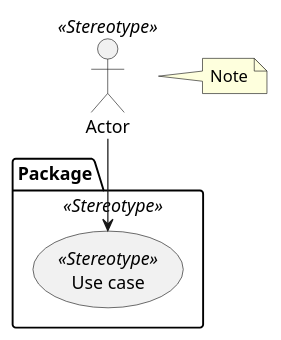
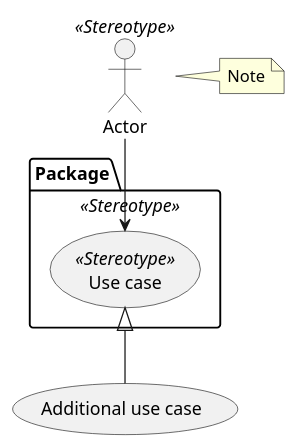
The diagram in docs_drostan/modules/visual_style/examples/puml/usecase.puml (rolfkleef/drostan-antora-ui), drawn with PlantUML before and after one commit. The commit also changed 4 other files, not shown here.

First line of the commit message:
Update UML examples and style doc

```diff
--- a/docs_drostan/modules/visual_style/examples/puml/usecase.puml
+++ b/docs_drostan/modules/visual_style/examples/puml/usecase.puml
@@ -1,10 +1,13 @@
 @startuml
   actor "Actor" <<Stereotype>>
   note right of :Actor:: Note
 
   package "Package" <<Stereotype>> {
     usecase UseCase as "Use case" <<Stereotype>>
   }
+ 
+  useCase UseCase2 as "Additional use case"
   
   :Actor: --> UseCase
+  UseCase <|-- UseCase2
 @enduml
```
